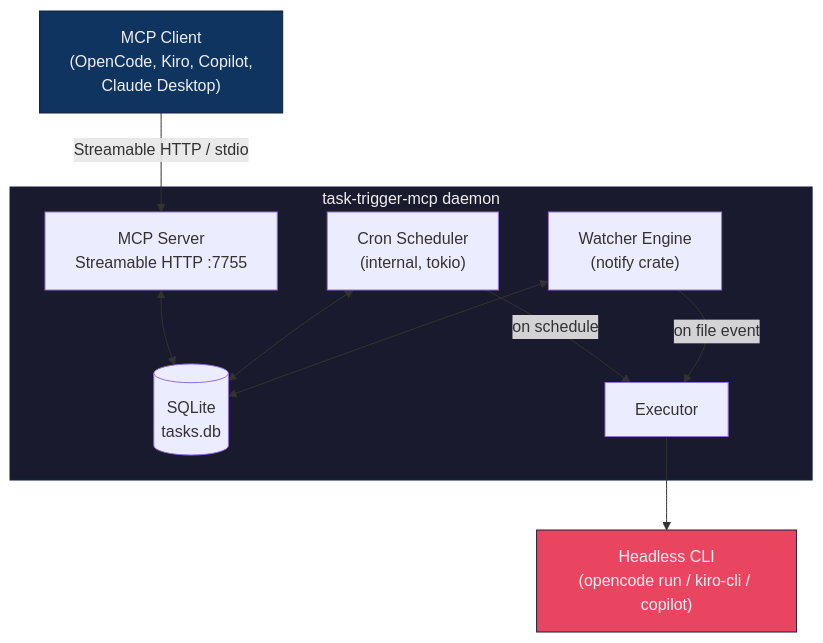
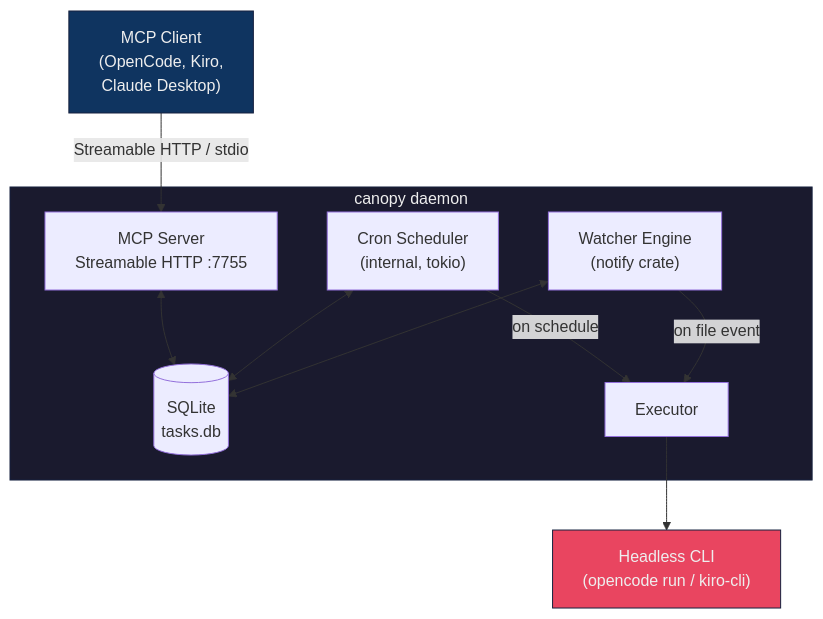
Before and after one commit to JheisonMB/task-trigger-mcp: the diagram in README.md, drawn with Mermaid. The commit also changed other lines of this file and 14 other files, not shown here.

Commit message:
feat(migration): rename to agent-canopy under UniverLab org

````diff
--- a/README.md
+++ b/README.md
@@ -16,22 +20,22 @@
 ```mermaid
 graph TB
-    subgraph daemon["task-trigger-mcp daemon"]
+    subgraph daemon["canopy daemon"]
         MCP["MCP Server<br/>Streamable HTTP :7755"]
         SCHED["Cron Scheduler<br/>(internal, tokio)"]
         WE["Watcher Engine<br/>(notify crate)"]
         DB[(SQLite<br/>tasks.db)]
         MCP <--> DB
         SCHED <--> DB
         WE <--> DB
         SCHED -- "on schedule" --> EXEC
         WE -- "on file event" --> EXEC
         EXEC["Executor"]
     end
 
-    Agent["MCP Client<br/>(OpenCode, Kiro, Copilot,<br/>Claude Desktop)"] -- "Streamable HTTP / stdio" --> MCP
-    EXEC --> CLI["Headless CLI<br/>(opencode run / kiro-cli / copilot)"]
+    Agent["MCP Client<br/>(OpenCode, Kiro,<br/>Claude Desktop)"] -- "Streamable HTTP / stdio" --> MCP
+    EXEC --> CLI["Headless CLI<br/>(opencode run / kiro-cli)"]
 
     style daemon fill:#1a1a2e,stroke:#16213e,color:#eee
     style Agent fill:#0f3460,stroke:#16213e,color:#eee
     style CLI fill:#e94560,stroke:#16213e,color:#eee
 ```
````
